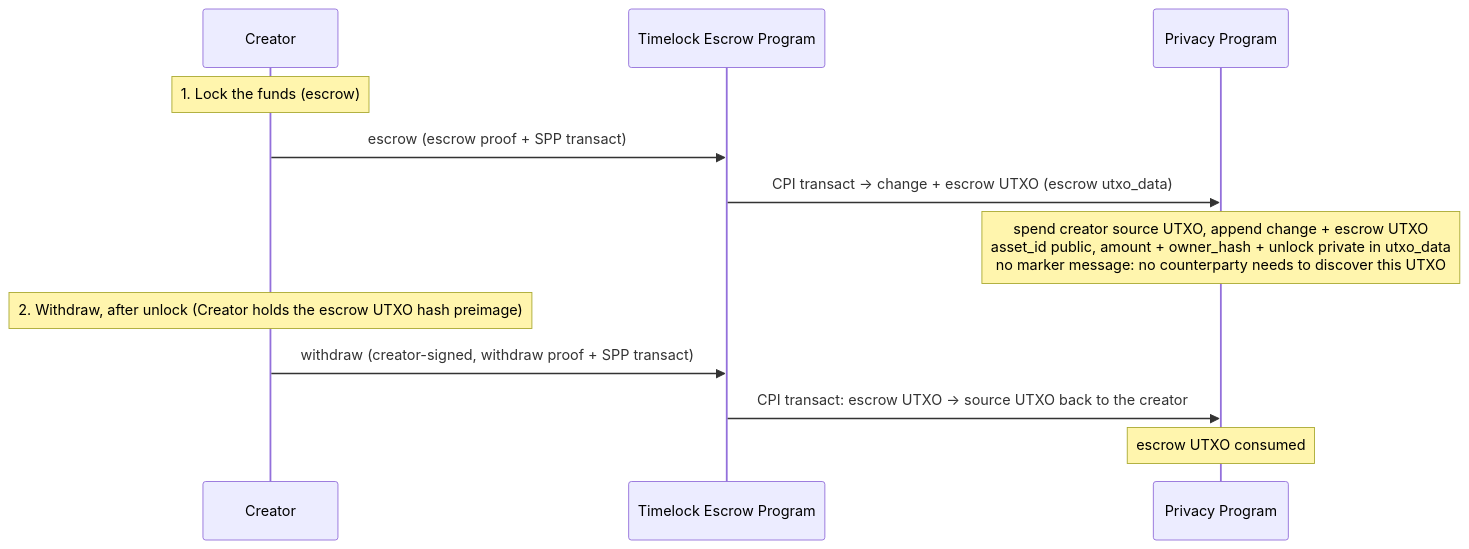
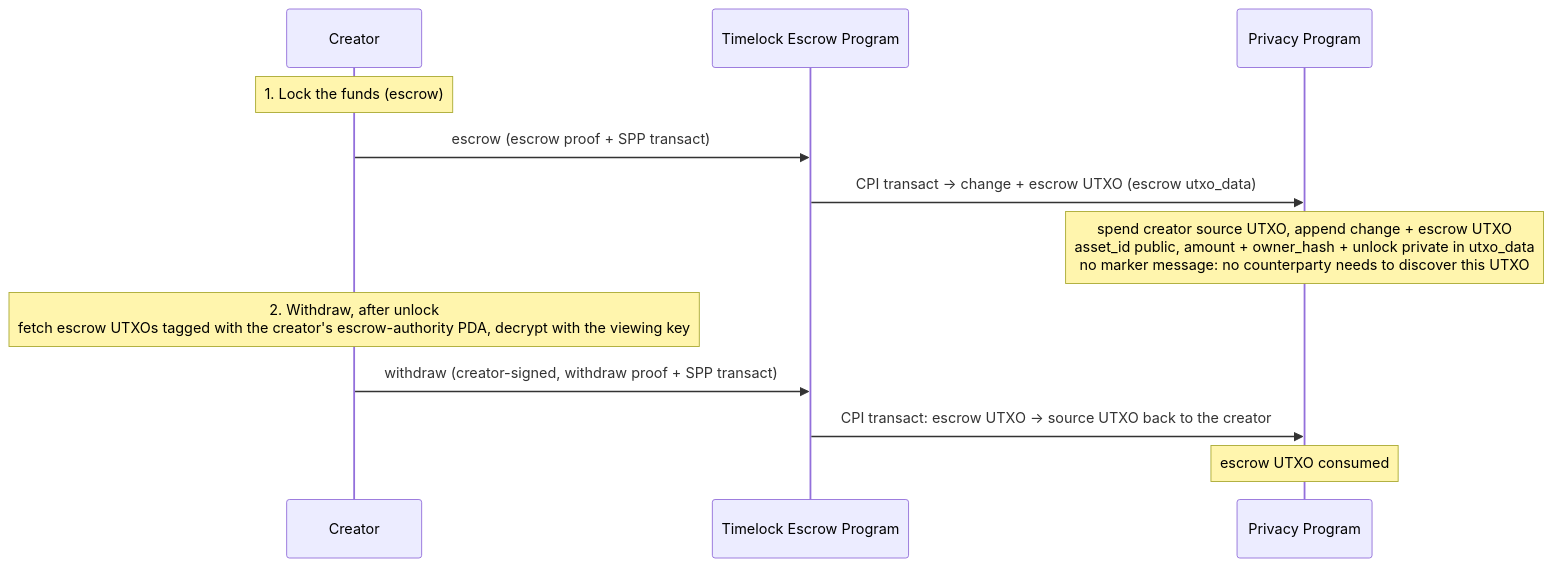
Before and after one commit to helius-labs/zolana: the diagram in sdk-tests/timelock-escrow/timelock_escrow.md, drawn with Mermaid. The commit also changed other lines of this file and 1149 other files, not shown here.

````diff
--- a/sdk-tests/timelock-escrow/timelock_escrow.md
+++ b/sdk-tests/timelock-escrow/timelock_escrow.md
@@ -15,16 +17,16 @@
 ```mermaid
 sequenceDiagram
     participant Creator
     participant Escrow as Timelock Escrow Program
     participant SPP as Privacy Program
 
     Note over Creator: 1. Lock the funds (escrow)
     Creator->>Escrow: escrow (escrow proof + SPP transact)
     Escrow->>SPP: CPI transact -> change + escrow UTXO (escrow utxo_data)
     Note over SPP: spend creator source UTXO, append change + escrow UTXO <br> asset_id public, amount + owner_hash + unlock private in utxo_data <br> no marker message: no counterparty needs to discover this UTXO
 
-    Note over Creator: 2. Withdraw, after unlock (Creator holds the escrow UTXO hash preimage)
+    Note over Creator: 2. Withdraw, after unlock <br> fetch escrow UTXOs tagged with the creator's escrow-authority PDA, decrypt with the viewing key
     Creator->>Escrow: withdraw (creator-signed, withdraw proof + SPP transact)
     Escrow->>SPP: CPI transact: escrow UTXO -> source UTXO back to the creator
     Note over SPP: escrow UTXO consumed
 ```
````
